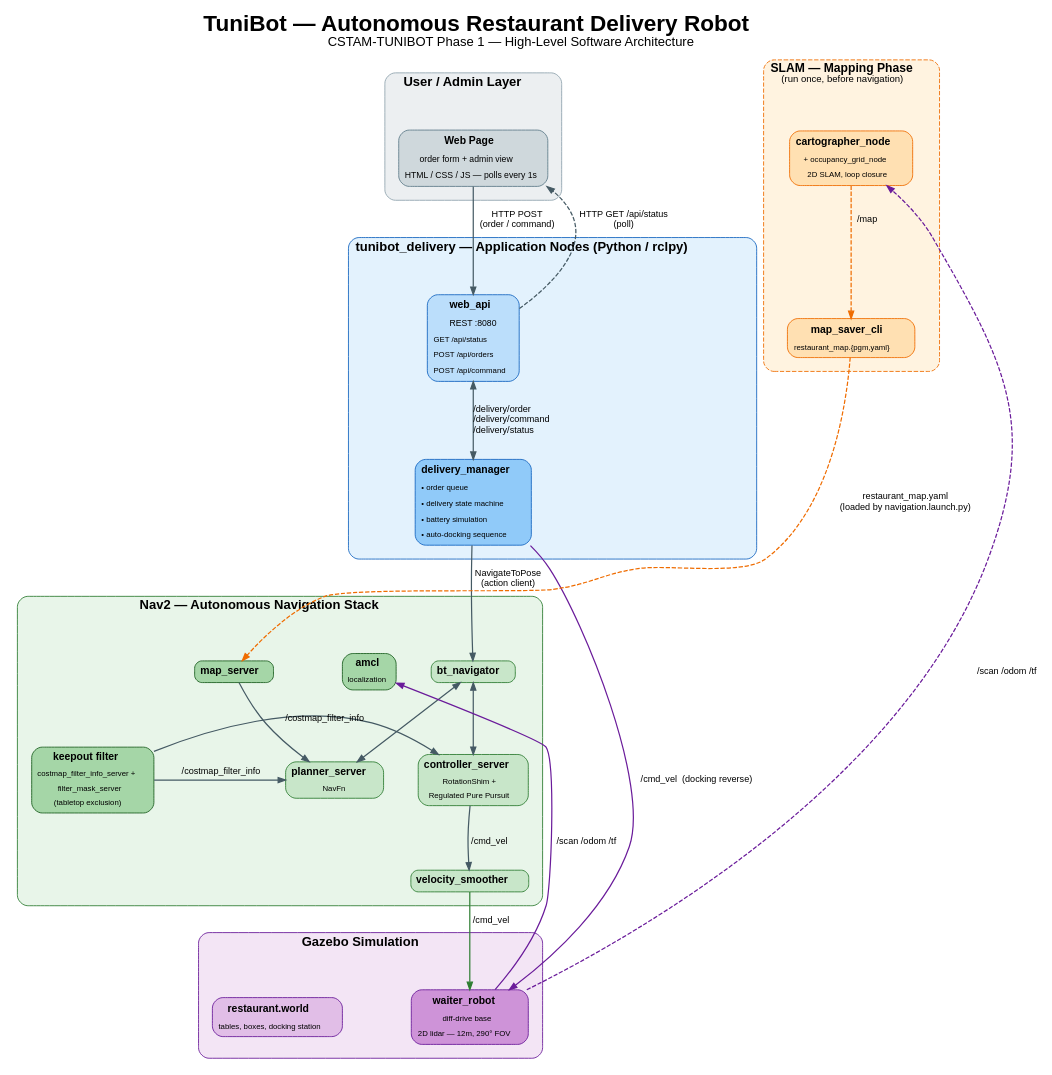
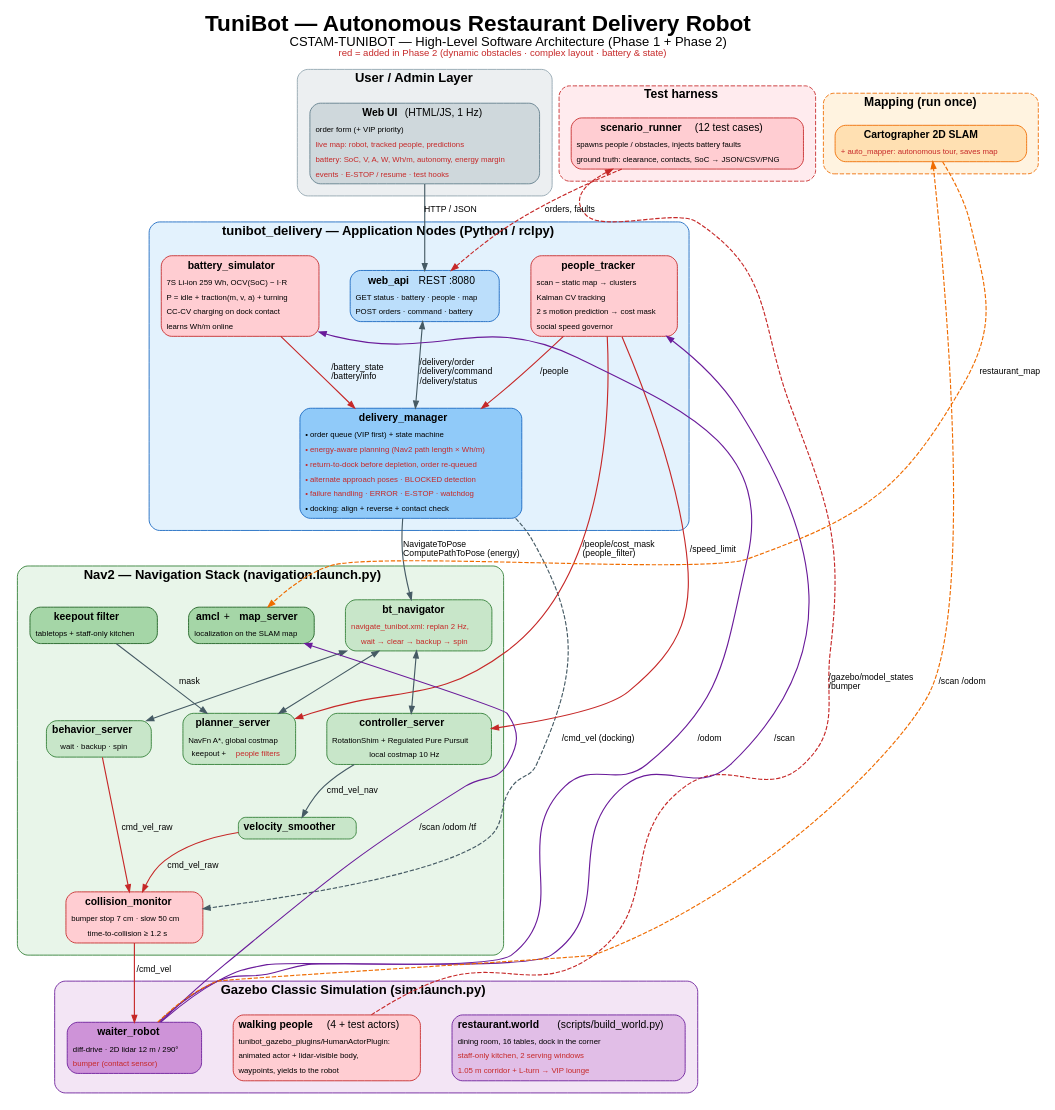
Before and after one commit to ghassenbani10-eng/Iot-Hunters: the diagram in src/tunibot_delivery/docs/architecture.dot, drawn with Graphviz. The commit also changed 25 other files, not shown here.

```diff
--- a/src/tunibot_delivery/docs/architecture.dot
+++ b/src/tunibot_delivery/docs/architecture.dot
@@ -2,119 +2,152 @@
   rankdir=TB;
   fontname="Helvetica";
   labelloc="t";
-  label=<<FONT POINT-SIZE="26"><B>TuniBot — Autonomous Restaurant Delivery Robot</B></FONT><BR/><FONT POINT-SIZE="15">CSTAM-TUNIBOT Phase 1 — High-Level Software Architecture</FONT>>;
+  label=<<FONT POINT-SIZE="26"><B>TuniBot — Autonomous Restaurant Delivery Robot</B></FONT><BR/><FONT POINT-SIZE="15">CSTAM-TUNIBOT — High-Level Software Architecture (Phase 1 + Phase 2)</FONT><BR/><FONT POINT-SIZE="11" COLOR="#c62828">red = added in Phase 2 (dynamic obstacles · complex layout · battery &amp; state)</FONT>>;
   bgcolor="white";
-  nodesep=0.55;
-  ranksep=0.75;
+  nodesep=0.5;
+  ranksep=0.7;
   node [fontname="Helvetica", fontsize=12, shape=plain];
-  edge [fontname="Helvetica", fontsize=10.5, color="#455a64", penwidth=1.4, arrowsize=0.85];
+  edge [fontname="Helvetica", fontsize=10, color="#455a64", penwidth=1.3, arrowsize=0.8];
 
-  // ---------------- USER / ADMIN LAYER ----------------
+  // ---------------- USER / ADMIN ----------------
   subgraph cluster_ui {
     label=<<B>User / Admin Layer</B>>;
-    fontsize=15; style="rounded,filled"; color="#90a4ae"; fillcolor="#eceff1"; margin=16;
+    fontsize=15; style="rounded,filled"; color="#90a4ae"; fillcolor="#eceff1"; margin=14;
     WEB [label=<
-      <TABLE BORDER="1" CELLBORDER="0" CELLSPACING="4" BGCOLOR="#cfd8dc" COLOR="#607d8b" STYLE="ROUNDED">
-        <TR><TD><B>Web Page</B></TD></TR>
-        <TR><TD><FONT POINT-SIZE="10">order form + admin view</FONT></TD></TR>
-        <TR><TD><FONT POINT-SIZE="10">HTML / CSS / JS — polls every 1s</FONT></TD></TR>
+      <TABLE BORDER="1" CELLBORDER="0" CELLSPACING="3" BGCOLOR="#cfd8dc" COLOR="#607d8b" STYLE="ROUNDED">
+        <TR><TD><B>Web UI</B> (HTML/JS, 1 Hz)</TD></TR>
+        <TR><TD ALIGN="LEFT"><FONT POINT-SIZE="9">order form (+ VIP priority)</FONT></TD></TR>
+        <TR><TD ALIGN="LEFT"><FONT POINT-SIZE="9" COLOR="#c62828">live map: robot, tracked people, predictions</FONT></TD></TR>
+        <TR><TD ALIGN="LEFT"><FONT POINT-SIZE="9" COLOR="#c62828">battery: SoC, V, A, W, Wh/m, autonomy, energy margin</FONT></TD></TR>
+        <TR><TD ALIGN="LEFT"><FONT POINT-SIZE="9" COLOR="#c62828">events · E-STOP / resume · test hooks</FONT></TD></TR>
       </TABLE>>];
   }
 
-  // ---------------- APPLICATION LAYER ----------------
+  // ---------------- APPLICATION ----------------
   subgraph cluster_app {
     label=<<B>tunibot_delivery — Application Nodes (Python / rclpy)</B>>;
-    fontsize=15; style="rounded,filled"; color="#1565c0"; fillcolor="#e3f2fd"; margin=16;
+    fontsize=15; style="rounded,filled"; color="#1565c0"; fillcolor="#e3f2fd"; margin=14;
     API [label=<
-      <TABLE BORDER="1" CELLBORDER="0" CELLSPACING="4" BGCOLOR="#bbdefb" COLOR="#1565c0" STYLE="ROUNDED">
-        <TR><TD><B>web_api</B></TD></TR>
-        <TR><TD><FONT POINT-SIZE="10">REST :8080</FONT></TD></TR>
-        <TR><TD ALIGN="LEFT"><FONT POINT-SIZE="9">GET /api/status</FONT></TD></TR>
-        <TR><TD ALIGN="LEFT"><FONT POINT-SIZE="9">POST /api/orders</FONT></TD></TR>
-        <TR><TD ALIGN="LEFT"><FONT POINT-SIZE="9">POST /api/command</FONT></TD></TR>
+      <TABLE BORDER="1" CELLBORDER="0" CELLSPACING="3" BGCOLOR="#bbdefb" COLOR="#1565c0" STYLE="ROUNDED">
+        <TR><TD><B>web_api</B>  REST :8080</TD></TR>
+        <TR><TD ALIGN="LEFT"><FONT POINT-SIZE="9">GET status · battery · people · map</FONT></TD></TR>
+        <TR><TD ALIGN="LEFT"><FONT POINT-SIZE="9">POST orders · command · battery</FONT></TD></TR>
       </TABLE>>];
     DM [label=<
-      <TABLE BORDER="1" CELLBORDER="0" CELLSPACING="4" BGCOLOR="#90caf9" COLOR="#1565c0" STYLE="ROUNDED">
+      <TABLE BORDER="1" CELLBORDER="0" CELLSPACING="3" BGCOLOR="#90caf9" COLOR="#1565c0" STYLE="ROUNDED">
         <TR><TD><B>delivery_manager</B></TD></TR>
-        <TR><TD ALIGN="LEFT"><FONT POINT-SIZE="9">• order queue</FONT></TD></TR>
-        <TR><TD ALIGN="LEFT"><FONT POINT-SIZE="9">• delivery state machine</FONT></TD></TR>
-        <TR><TD ALIGN="LEFT"><FONT POINT-SIZE="9">• battery simulation</FONT></TD></TR>
-        <TR><TD ALIGN="LEFT"><FONT POINT-SIZE="9">• auto-docking sequence</FONT></TD></TR>
+        <TR><TD ALIGN="LEFT"><FONT POINT-SIZE="9">• order queue (VIP first) + state machine</FONT></TD></TR>
+        <TR><TD ALIGN="LEFT"><FONT POINT-SIZE="9" COLOR="#c62828">• energy-aware planning (Nav2 path length × Wh/m)</FONT></TD></TR>
+        <TR><TD ALIGN="LEFT"><FONT POINT-SIZE="9" COLOR="#c62828">• return-to-dock before depletion, order re-queued</FONT></TD></TR>
+        <TR><TD ALIGN="LEFT"><FONT POINT-SIZE="9" COLOR="#c62828">• alternate approach poses · BLOCKED detection</FONT></TD></TR>
+        <TR><TD ALIGN="LEFT"><FONT POINT-SIZE="9" COLOR="#c62828">• failure handling · ERROR · E-STOP · watchdog</FONT></TD></TR>
+        <TR><TD ALIGN="LEFT"><FONT POINT-SIZE="9">• docking: align + reverse + contact check</FONT></TD></TR>
+      </TABLE>>];
+    BATT [label=<
+      <TABLE BORDER="1" CELLBORDER="0" CELLSPACING="3" BGCOLOR="#ffcdd2" COLOR="#c62828" STYLE="ROUNDED">
+        <TR><TD><B>battery_simulator</B></TD></TR>
+        <TR><TD ALIGN="LEFT"><FONT POINT-SIZE="9">7S Li-ion 259 Wh, OCV(SoC) − I·R</FONT></TD></TR>
+        <TR><TD ALIGN="LEFT"><FONT POINT-SIZE="9">P = idle + traction(m, v, a) + turning</FONT></TD></TR>
+        <TR><TD ALIGN="LEFT"><FONT POINT-SIZE="9">CC-CV charging on dock contact</FONT></TD></TR>
+        <TR><TD ALIGN="LEFT"><FONT POINT-SIZE="9">learns Wh/m online</FONT></TD></TR>
+      </TABLE>>];
+    PT [label=<
+      <TABLE BORDER="1" CELLBORDER="0" CELLSPACING="3" BGCOLOR="#ffcdd2" COLOR="#c62828" STYLE="ROUNDED">
+        <TR><TD><B>people_tracker</B></TD></TR>
+        <TR><TD ALIGN="LEFT"><FONT POINT-SIZE="9">scan − static map → clusters</FONT></TD></TR>
+        <TR><TD ALIGN="LEFT"><FONT POINT-SIZE="9">Kalman CV tracking</FONT></TD></TR>
+        <TR><TD ALIGN="LEFT"><FONT POINT-SIZE="9">2 s motion prediction → cost mask</FONT></TD></TR>
+        <TR><TD ALIGN="LEFT"><FONT POINT-SIZE="9">social speed governor</FONT></TD></TR>
       </TABLE>>];
     API -> DM [dir=both, label="/delivery/order\l/delivery/command\l/delivery/status\l"];
+    BATT -> DM [label="/battery_state\l/battery/info\l", color="#c62828"];
+    PT -> DM [label="/people", color="#c62828"];
   }
 
-  // ---------------- NAV2 LAYER ----------------
+  // ---------------- NAV2 ----------------
   subgraph cluster_nav2 {
-    label=<<B>Nav2 — Autonomous Navigation Stack</B>>;
-    fontsize=15; style="rounded,filled"; color="#2e7d32"; fillcolor="#e8f5e9"; margin=16;
-    BT [label=<<TABLE BORDER="1" CELLBORDER="0" CELLSPACING="3" BGCOLOR="#c8e6c9" COLOR="#2e7d32" STYLE="ROUNDED"><TR><TD><B>bt_navigator</B></TD></TR></TABLE>>];
-    PLAN [label=<<TABLE BORDER="1" CELLBORDER="0" CELLSPACING="3" BGCOLOR="#c8e6c9" COLOR="#2e7d32" STYLE="ROUNDED"><TR><TD><B>planner_server</B></TD></TR><TR><TD><FONT POINT-SIZE="9">NavFn</FONT></TD></TR></TABLE>>];
-    CTRL [label=<<TABLE BORDER="1" CELLBORDER="0" CELLSPACING="3" BGCOLOR="#c8e6c9" COLOR="#2e7d32" STYLE="ROUNDED"><TR><TD><B>controller_server</B></TD></TR><TR><TD><FONT POINT-SIZE="9">RotationShim +</FONT></TD></TR><TR><TD><FONT POINT-SIZE="9">Regulated Pure Pursuit</FONT></TD></TR></TABLE>>];
+    label=<<B>Nav2 — Navigation Stack (navigation.launch.py)</B>>;
+    fontsize=15; style="rounded,filled"; color="#2e7d32"; fillcolor="#e8f5e9"; margin=14;
+    BT [label=<<TABLE BORDER="1" CELLBORDER="0" CELLSPACING="3" BGCOLOR="#c8e6c9" COLOR="#2e7d32" STYLE="ROUNDED"><TR><TD><B>bt_navigator</B></TD></TR><TR><TD><FONT POINT-SIZE="9" COLOR="#c62828">navigate_tunibot.xml: replan 2 Hz,</FONT></TD></TR><TR><TD><FONT POINT-SIZE="9" COLOR="#c62828">wait → clear → backup → spin</FONT></TD></TR></TABLE>>];
+    PLAN [label=<<TABLE BORDER="1" CELLBORDER="0" CELLSPACING="3" BGCOLOR="#c8e6c9" COLOR="#2e7d32" STYLE="ROUNDED"><TR><TD><B>planner_server</B></TD></TR><TR><TD><FONT POINT-SIZE="9">NavFn A*, global costmap</FONT></TD></TR><TR><TD><FONT POINT-SIZE="9">keepout + <FONT COLOR="#c62828">people filters</FONT></FONT></TD></TR></TABLE>>];
+    CTRL [label=<<TABLE BORDER="1" CELLBORDER="0" CELLSPACING="3" BGCOLOR="#c8e6c9" COLOR="#2e7d32" STYLE="ROUNDED"><TR><TD><B>controller_server</B></TD></TR><TR><TD><FONT POINT-SIZE="9">RotationShim + Regulated Pure Pursuit</FONT></TD></TR><TR><TD><FONT POINT-SIZE="9">local costmap 10 Hz</FONT></TD></TR></TABLE>>];
+    BEH [label=<<TABLE BORDER="1" CELLBORDER="0" CELLSPACING="3" BGCOLOR="#c8e6c9" COLOR="#2e7d32" STYLE="ROUNDED"><TR><TD><B>behavior_server</B></TD></TR><TR><TD><FONT POINT-SIZE="9">wait · backup · spin</FONT></TD></TR></TABLE>>];
     SMOOTH [label=<<TABLE BORDER="1" CELLBORDER="0" CELLSPACING="3" BGCOLOR="#c8e6c9" COLOR="#2e7d32" STYLE="ROUNDED"><TR><TD><B>velocity_smoother</B></TD></TR></TABLE>>];
-    AMCL [label=<<TABLE BORDER="1" CELLBORDER="0" CELLSPACING="3" BGCOLOR="#a5d6a7" COLOR="#1b5e20" STYLE="ROUNDED"><TR><TD><B>amcl</B></TD></TR><TR><TD><FONT POINT-SIZE="9">localization</FONT></TD></TR></TABLE>>];
-    MAPSRV [label=<<TABLE BORDER="1" CELLBORDER="0" CELLSPACING="3" BGCOLOR="#a5d6a7" COLOR="#1b5e20" STYLE="ROUNDED"><TR><TD><B>map_server</B></TD></TR></TABLE>>];
-    KEEP [label=<<TABLE BORDER="1" CELLBORDER="0" CELLSPACING="3" BGCOLOR="#a5d6a7" COLOR="#1b5e20" STYLE="ROUNDED"><TR><TD><B>keepout filter</B></TD></TR><TR><TD><FONT POINT-SIZE="9">costmap_filter_info_server +</FONT></TD></TR><TR><TD><FONT POINT-SIZE="9">filter_mask_server</FONT></TD></TR><TR><TD><FONT POINT-SIZE="9">(tabletop exclusion)</FONT></TD></TR></TABLE>>];
+    CM [label=<<TABLE BORDER="1" CELLBORDER="0" CELLSPACING="3" BGCOLOR="#ffcdd2" COLOR="#c62828" STYLE="ROUNDED"><TR><TD><B>collision_monitor</B></TD></TR><TR><TD><FONT POINT-SIZE="9">bumper stop 7 cm · slow 50 cm</FONT></TD></TR><TR><TD><FONT POINT-SIZE="9">time-to-collision ≥ 1.2 s</FONT></TD></TR></TABLE>>];
+    AMCL [label=<<TABLE BORDER="1" CELLBORDER="0" CELLSPACING="3" BGCOLOR="#a5d6a7" COLOR="#1b5e20" STYLE="ROUNDED"><TR><TD><B>amcl</B> + <B>map_server</B></TD></TR><TR><TD><FONT POINT-SIZE="9">localization on the SLAM map</FONT></TD></TR></TABLE>>];
+    KEEP [label=<<TABLE BORDER="1" CELLBORDER="0" CELLSPACING="3" BGCOLOR="#a5d6a7" COLOR="#1b5e20" STYLE="ROUNDED"><TR><TD><B>keepout filter</B></TD></TR><TR><TD><FONT POINT-SIZE="9">tabletops + staff-only kitchen</FONT></TD></TR></TABLE>>];
 
-    { rank=same; MAPSRV; AMCL; BT; }
-    { rank=same; KEEP; PLAN; CTRL; }
-    MAPSRV -> AMCL [dir=both, style=invis];
+    { rank=same; AMCL; BT; KEEP; }
+    { rank=same; PLAN; CTRL; BEH; }
     BT -> PLAN [dir=both];
     BT -> CTRL [dir=both];
-    MAPSRV -> PLAN;
-    KEEP -> PLAN [label="  /costmap_filter_info"];
-    KEEP -> CTRL [label="  /costmap_filter_info"];
-    CTRL -> SMOOTH [label="/cmd_vel"];
+    BT -> BEH [dir=both];
+    KEEP -> PLAN [label=" mask"];
+    CTRL -> SMOOTH [label="cmd_vel_nav"];
+    SMOOTH -> CM [label="cmd_vel_raw", color="#c62828"];
+    BEH -> CM [label="cmd_vel_raw", color="#c62828"];
   }
 
-  // ---------------- SIMULATION LAYER ----------------
+  // ---------------- SIMULATION ----------------
   subgraph cluster_sim {
-    label=<<B>Gazebo Simulation</B>>;
-    fontsize=15; style="rounded,filled"; color="#6a1b9a"; fillcolor="#f3e5f5"; margin=16;
+    label=<<B>Gazebo Classic Simulation (sim.launch.py)</B>>;
+    fontsize=15; style="rounded,filled"; color="#6a1b9a"; fillcolor="#f3e5f5"; margin=14;
     WORLD [label=<
-      <TABLE BORDER="1" CELLBORDER="0" CELLSPACING="4" BGCOLOR="#e1bee7" COLOR="#6a1b9a" STYLE="ROUNDED">
-        <TR><TD><B>restaurant.world</B></TD></TR>
-        <TR><TD><FONT POINT-SIZE="9">tables, boxes, docking station</FONT></TD></TR>
+      <TABLE BORDER="1" CELLBORDER="0" CELLSPACING="3" BGCOLOR="#e1bee7" COLOR="#6a1b9a" STYLE="ROUNDED">
+        <TR><TD><B>restaurant.world</B> (scripts/build_world.py)</TD></TR>
+        <TR><TD ALIGN="LEFT"><FONT POINT-SIZE="9">dining room, 16 tables, dock in the corner</FONT></TD></TR>
+        <TR><TD ALIGN="LEFT"><FONT POINT-SIZE="9" COLOR="#c62828">staff-only kitchen, 2 serving windows</FONT></TD></TR>
+        <TR><TD ALIGN="LEFT"><FONT POINT-SIZE="9" COLOR="#c62828">1.05 m corridor + L-turn → VIP lounge</FONT></TD></TR>
+      </TABLE>>];
+    HUM [label=<
+      <TABLE BORDER="1" CELLBORDER="0" CELLSPACING="3" BGCOLOR="#ffcdd2" COLOR="#c62828" STYLE="ROUNDED">
+        <TR><TD><B>walking people</B> (4 + test actors)</TD></TR>
+        <TR><TD ALIGN="LEFT"><FONT POINT-SIZE="9">tunibot_gazebo_plugins/HumanActorPlugin:</FONT></TD></TR>
+        <TR><TD ALIGN="LEFT"><FONT POINT-SIZE="9">animated actor + lidar-visible body,</FONT></TD></TR>
+        <TR><TD ALIGN="LEFT"><FONT POINT-SIZE="9">waypoints, yields to the robot</FONT></TD></TR>
       </TABLE>>];
     ROBOT [label=<
-      <TABLE BORDER="1" CELLBORDER="0" CELLSPACING="4" BGCOLOR="#ce93d8" COLOR="#6a1b9a" STYLE="ROUNDED">
+      <TABLE BORDER="1" CELLBORDER="0" CELLSPACING="3" BGCOLOR="#ce93d8" COLOR="#6a1b9a" STYLE="ROUNDED">
         <TR><TD><B>waiter_robot</B></TD></TR>
-        <TR><TD><FONT POINT-SIZE="9">diff-drive base</FONT></TD></TR>
-        <TR><TD><FONT POINT-SIZE="9">2D lidar — 12m, 290° FOV</FONT></TD></TR>
+        <TR><TD ALIGN="LEFT"><FONT POINT-SIZE="9">diff-drive · 2D lidar 12 m / 290°</FONT></TD></TR>
+        <TR><TD ALIGN="LEFT"><FONT POINT-SIZE="9" COLOR="#c62828">bumper (contact sensor)</FONT></TD></TR>
       </TABLE>>];
-    { rank=same; WORLD; ROBOT; }
-    WORLD -> ROBOT [style=invis];
+    { rank=same; WORLD; HUM; ROBOT; }
   }
 
-  // ---------------- SLAM LAYER (mapping phase, runs before Nav2) ----------------
+  // ---------------- MAPPING + TESTS ----------------
   subgraph cluster_slam {
-    label=<<B>SLAM — Mapping Phase</B><BR/><FONT POINT-SIZE="11">(run once, before navigation)</FONT>>;
-    fontsize=14; style="rounded,filled,dashed"; color="#ef6c00"; fillcolor="#fff3e0"; margin=16;
+    label=<<B>Mapping (run once)</B>>;
+    fontsize=14; style="rounded,filled,dashed"; color="#ef6c00"; fillcolor="#fff3e0"; margin=14;
     CARTO [label=<
-      <TABLE BORDER="1" CELLBORDER="0" CELLSPACING="4" BGCOLOR="#ffe0b2" COLOR="#ef6c00" STYLE="ROUNDED">
-        <TR><TD><B>cartographer_node</B></TD></TR>
-        <TR><TD><FONT POINT-SIZE="9">+ occupancy_grid_node</FONT></TD></TR>
-        <TR><TD><FONT POINT-SIZE="9">2D SLAM, loop closure</FONT></TD></TR>
+      <TABLE BORDER="1" CELLBORDER="0" CELLSPACING="3" BGCOLOR="#ffe0b2" COLOR="#ef6c00" STYLE="ROUNDED">
+        <TR><TD><B>Cartographer 2D SLAM</B></TD></TR>
+        <TR><TD><FONT POINT-SIZE="9" COLOR="#c62828">+ auto_mapper: autonomous tour, saves map</FONT></TD></TR>
       </TABLE>>];
-    SAVER [label=<
-      <TABLE BORDER="1" CELLBORDER="0" CELLSPACING="4" BGCOLOR="#ffe0b2" COLOR="#ef6c00" STYLE="ROUNDED">
-        <TR><TD><B>map_saver_cli</B></TD></TR>
-        <TR><TD><FONT POINT-SIZE="9">restaurant_map.{pgm,yaml}</FONT></TD></TR>
+  }
+  subgraph cluster_test {
+    label=<<B>Test harness</B>>;
+    fontsize=14; style="rounded,filled,dashed"; color="#c62828"; fillcolor="#ffebee"; margin=14;
+    TEST [label=<
+      <TABLE BORDER="1" CELLBORDER="0" CELLSPACING="3" BGCOLOR="#ffcdd2" COLOR="#c62828" STYLE="ROUNDED">
+        <TR><TD><B>scenario_runner</B> (12 test cases)</TD></TR>
+        <TR><TD ALIGN="LEFT"><FONT POINT-SIZE="9">spawns people / obstacles, injects battery faults</FONT></TD></TR>
+        <TR><TD ALIGN="LEFT"><FONT POINT-SIZE="9">ground truth: clearance, contacts, SoC → JSON/CSV/PNG</FONT></TD></TR>
       </TABLE>>];
-    CARTO -> SAVER [label="  /map", style=dashed, color="#ef6c00"];
   }
 
   // ===================== CROSS-LAYER EDGES =====================
-
-  WEB -> API [label="HTTP POST\n(order / command)"];
-  API -> WEB [label="HTTP GET /api/status\n(poll)", style=dashed, constraint=false];
-
-  DM -> BT [label="NavigateToPose\n(action client)"];
-  DM -> ROBOT [label="/cmd_vel  (docking reverse)", color="#6a1b9a", constraint=false];
-
-  SMOOTH -> ROBOT [label="/cmd_vel", color="#2e7d32"];
+  WEB -> API [label="HTTP / JSON"];
+  DM -> BT [label="NavigateToPose\lComputePathToPose (energy)\l"];
+  DM -> CM [label="/cmd_vel (docking)", style=dashed, constraint=false];
+  PT -> PLAN [label="/people/cost_mask\l(people_filter)\l", color="#c62828"];
+  PT -> CTRL [label="/speed_limit", color="#c62828"];
+  CM -> ROBOT [label="/cmd_vel", color="#c62828"];
   ROBOT -> AMCL [label="/scan /odom /tf", color="#6a1b9a", constraint=false];
-
-  ROBOT -> CARTO [label="/scan /odom /tf", color="#6a1b9a", style=dashed, constraint=false];
-  SAVER -> MAPSRV [label="restaurant_map.yaml\n(loaded by navigation.launch.py)", style=dashed, color="#ef6c00", constraint=false];
+  ROBOT -> PT [label="/scan", color="#6a1b9a", constraint=false];
+  ROBOT -> BATT [label="/odom", color="#6a1b9a", constraint=false];
+  ROBOT -> CARTO [label="/scan /odom", style=dashed, color="#ef6c00", constraint=false];
+  CARTO -> AMCL [label="restaurant_map", style=dashed, color="#ef6c00", constraint=false];
+  TEST -> API [style=dashed, color="#c62828", label="orders, faults", constraint=false];
+  HUM -> TEST [style=dashed, color="#c62828", label="/gazebo/model_states\l/bumper\l", constraint=false];
 }
```
